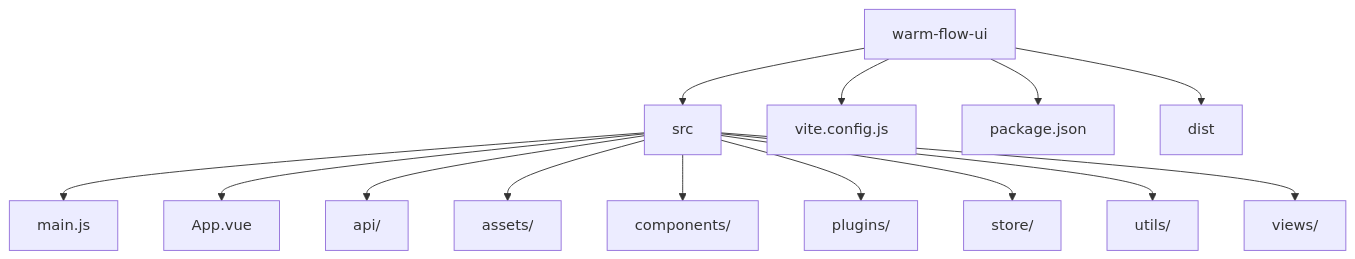
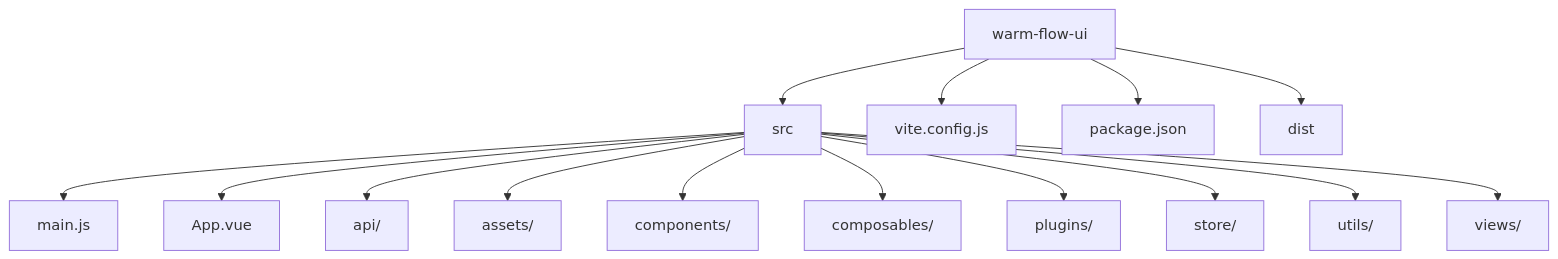
Before and after one commit to dromara/warm-flow: the first of 7 diagrams in .qoder/repowiki/zh/content/插件系统/UI 插件系统/Vue3 前端集成.md, drawn with Mermaid. The commit also changed other lines of this file and 18 other files, not shown here.

````diff
--- a/.qoder/repowiki/zh/content/插件系统/UI 插件系统/Vue3 前端集成.md
+++ b/.qoder/repowiki/zh/content/插件系统/UI 插件系统/Vue3 前端集成.md
@@ -52,16 +56,17 @@
 ```mermaid
 graph TB
 A["warm-flow-ui"] --> B["src"]
 A --> C["vite.config.js"]
 A --> D["package.json"]
 A --> E["dist"]
 B --> B1["main.js"]
 B --> B2["App.vue"]
 B --> B3["api/"]
 B --> B4["assets/"]
 B --> B5["components/"]
-B --> B6["plugins/"]
-B --> B7["store/"]
-B --> B8["utils/"]
-B --> B9["views/"]
+B --> B6["composables/"]
+B --> B7["plugins/"]
+B --> B8["store/"]
+B --> B9["utils/"]
+B --> B10["views/"]
 ```
````
